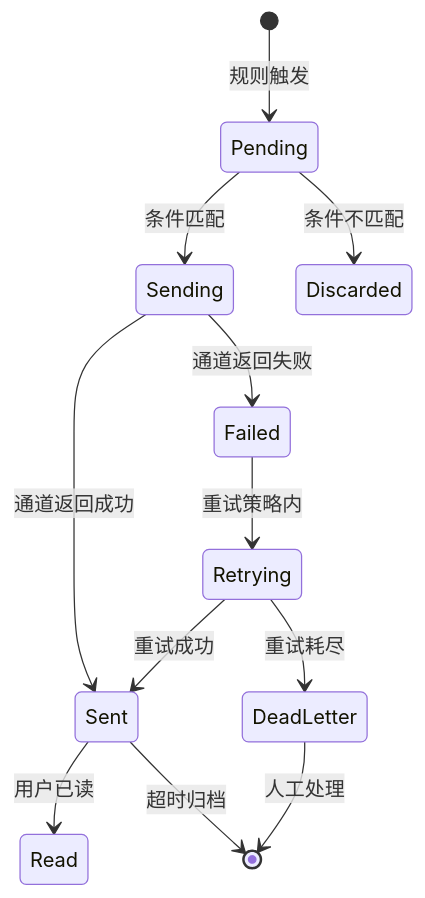
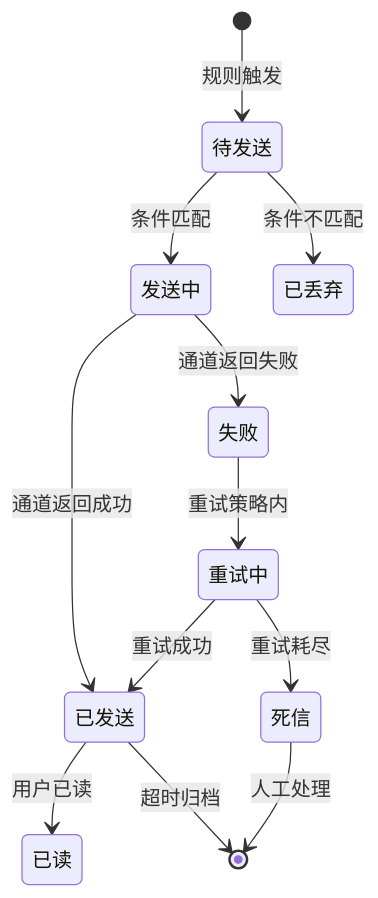
One commit to StayerYao/PM-Solution-Design-Skills changed the diagram in skills/pm-solution-design/example-prd.md. Above: the diagram before and after it, drawn with Mermaid. The commit also changed other lines of this file and 15 other files, not shown here.

````diff
--- a/skills/pm-solution-design/example-prd.md
+++ b/skills/pm-solution-design/example-prd.md
@@ -92,14 +92,14 @@
 ```mermaid
 stateDiagram-v2
-    [*] --> Pending : 规则触发
-    Pending --> Sending : 条件匹配
-    Pending --> Discarded : 条件不匹配
-    Sending --> Sent : 通道返回成功
-    Sending --> Failed : 通道返回失败
-    Failed --> Retrying : 重试策略内
-    Retrying --> Sent : 重试成功
-    Retrying --> DeadLetter : 重试耗尽
-    Sent --> Read : 用户已读
-    Sent --> [*] : 超时归档
-    DeadLetter --> [*] : 人工处理
+    [*] --> 待发送 : 规则触发
+    待发送 --> 发送中 : 条件匹配
+    待发送 --> 已丢弃 : 条件不匹配
+    发送中 --> 已发送 : 通道返回成功
+    发送中 --> 失败 : 通道返回失败
+    失败 --> 重试中 : 重试策略内
+    重试中 --> 已发送 : 重试成功
+    重试中 --> 死信 : 重试耗尽
+    已发送 --> 已读 : 用户已读
+    已发送 --> [*] : 超时归档
+    死信 --> [*] : 人工处理
 ```
````
